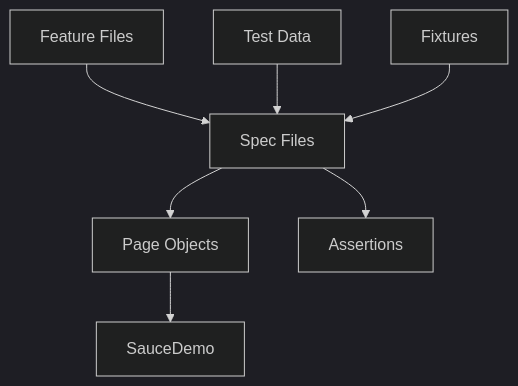
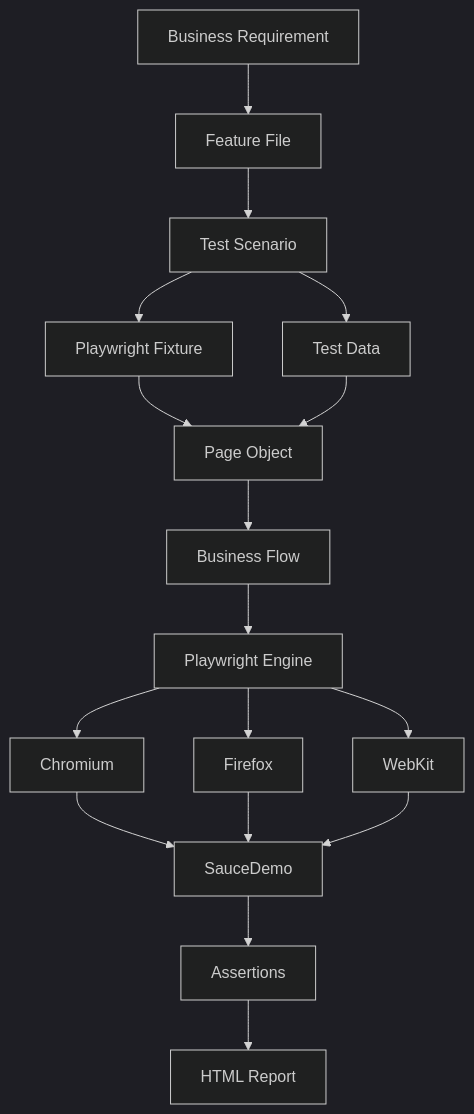
The diagram in README.md (HudaHussin/playwright-automation), drawn with Mermaid (dark theme) before and after one commit. The commit also changed other lines of this file, not shown here.

Commit message:
docs: enhance README with framework architecture and documentation

````diff
--- a/README.md
+++ b/README.md
@@ -149,20 +618,37 @@
 ```mermaid
 flowchart TD
 
-    A[Feature Files]
-    B[Test Data]
-    C[Fixtures]
-    D[Spec Files]
-    E[Page Objects]
-    F[SauceDemo]
-    G[Assertions]
+A[Business Requirement]
 
-    A --> D
-    B --> D
-    C --> D
+A --> B[Feature File]
 
-    D --> E
-    E --> F
+B --> C[Test Scenario]
 
-    D --> G
+C --> D[Test Data]
+
+C --> E[Playwright Fixture]
+
+E --> F[Page Object]
+
+D --> F
+
+F --> G[Business Flow]
+
+G --> H[Playwright Engine]
+
+H --> I[Chromium]
+
+H --> J[Firefox]
+
+H --> K[WebKit]
+
+I --> L[SauceDemo]
+
+J --> L
+
+K --> L
+
+L --> M[Assertions]
+
+M --> N[HTML Report]
 ```
````
